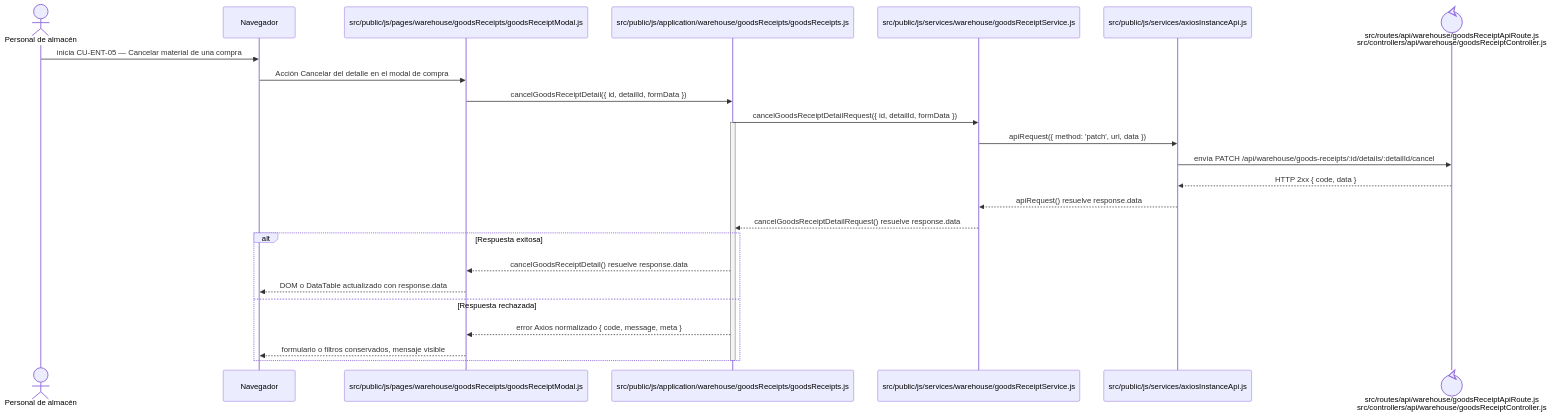
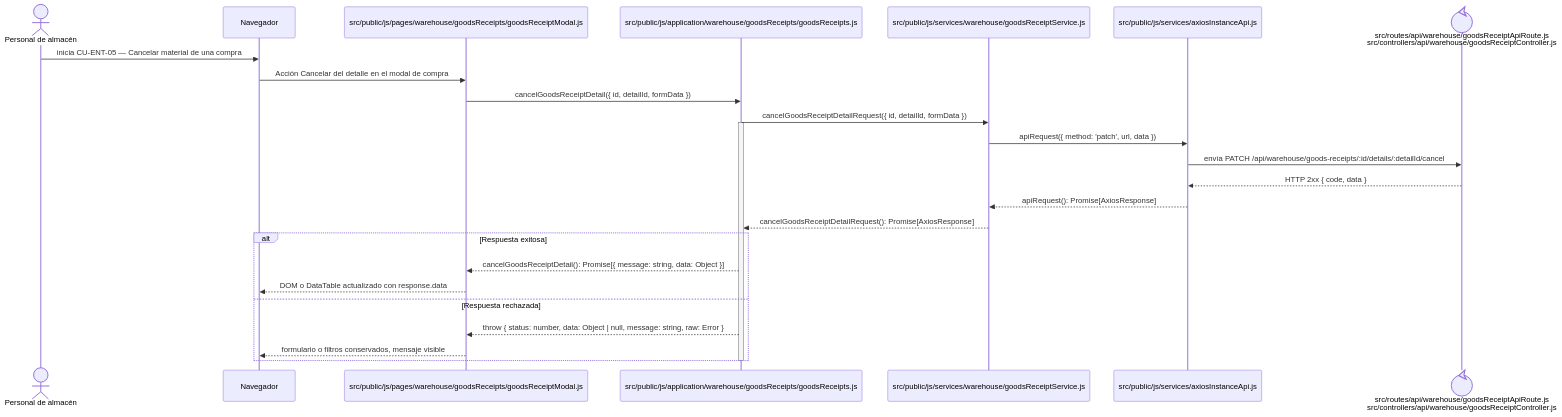
The diagram in docs/architecture/frontend-code-sequences/purchases/cu-ent-05.md (gpgsistemas01/nexus), drawn with Mermaid before and after one commit. The commit also changed 146 other files, not shown here.

````diff
--- a/docs/architecture/frontend-code-sequences/purchases/cu-ent-05.md
+++ b/docs/architecture/frontend-code-sequences/purchases/cu-ent-05.md
@@ -6,29 +6,29 @@
 ```mermaid
 sequenceDiagram
     actor Initiator as Personal de almacén
     participant Browser as Navegador
     participant View as src/public/js/pages/warehouse/goodsReceipts/goodsReceiptModal.js
     participant Application as src/public/js/application/warehouse/goodsReceipts/goodsReceipts.js
     participant Request as src/public/js/services/warehouse/goodsReceiptService.js
     participant HTTP as src/public/js/services/axiosInstanceApi.js
     participant Transport@{ "type": "control" } as src/routes/api/warehouse/goodsReceiptApiRoute.js<br/>src/controllers/api/warehouse/goodsReceiptController.js
 
     Initiator->>Browser: inicia CU-ENT-05 — Cancelar material de una compra
     Browser->>View: Acción Cancelar del detalle en el modal de compra
     View->>Application: cancelGoodsReceiptDetail({ id, detailId, formData })
     Application->>Request: cancelGoodsReceiptDetailRequest({ id, detailId, formData })
     activate Application
     Request->>HTTP: apiRequest({ method: 'patch', url, data })
     HTTP->>Transport: envía PATCH /api/warehouse/goods-receipts/:id/details/:detailId/cancel
     Transport-->>HTTP: HTTP 2xx { code, data }
-    HTTP-->>Request: apiRequest() resuelve response.data
-    Request-->>Application: cancelGoodsReceiptDetailRequest() resuelve response.data
+    HTTP-->>Request: apiRequest(): Promise[AxiosResponse]
+    Request-->>Application: cancelGoodsReceiptDetailRequest(): Promise[AxiosResponse]
     alt Respuesta exitosa
-        Application-->>View: cancelGoodsReceiptDetail() resuelve response.data
+        Application-->>View: cancelGoodsReceiptDetail(): Promise[{ message: string, data: Object }]
         View-->>Browser: DOM o DataTable actualizado con response.data
     else Respuesta rechazada
-        Application-->>View: error Axios normalizado { code, message, meta }
+        Application-->>View: throw { status: number, data: Object | null, message: string, raw: Error }
         View-->>Browser: formulario o filtros conservados, mensaje visible
     end
     deactivate Application
 ```
````
